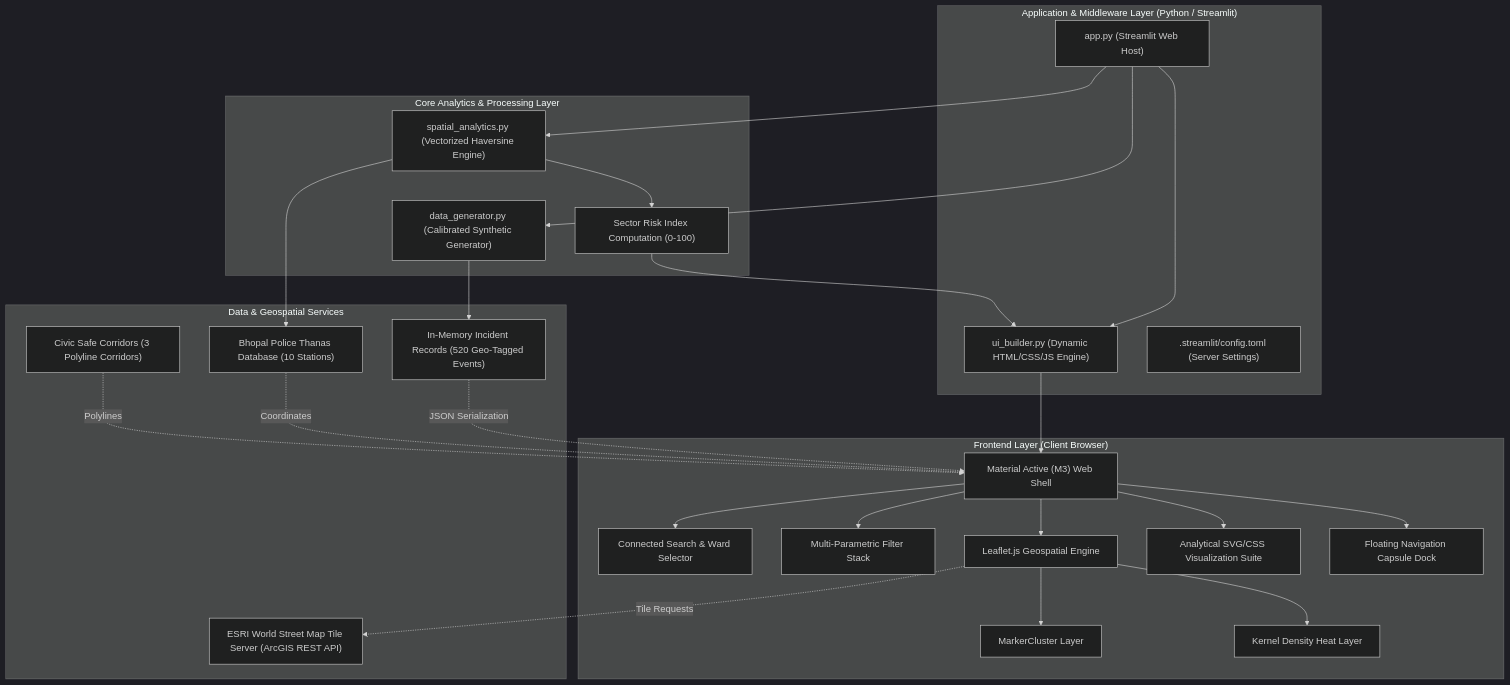
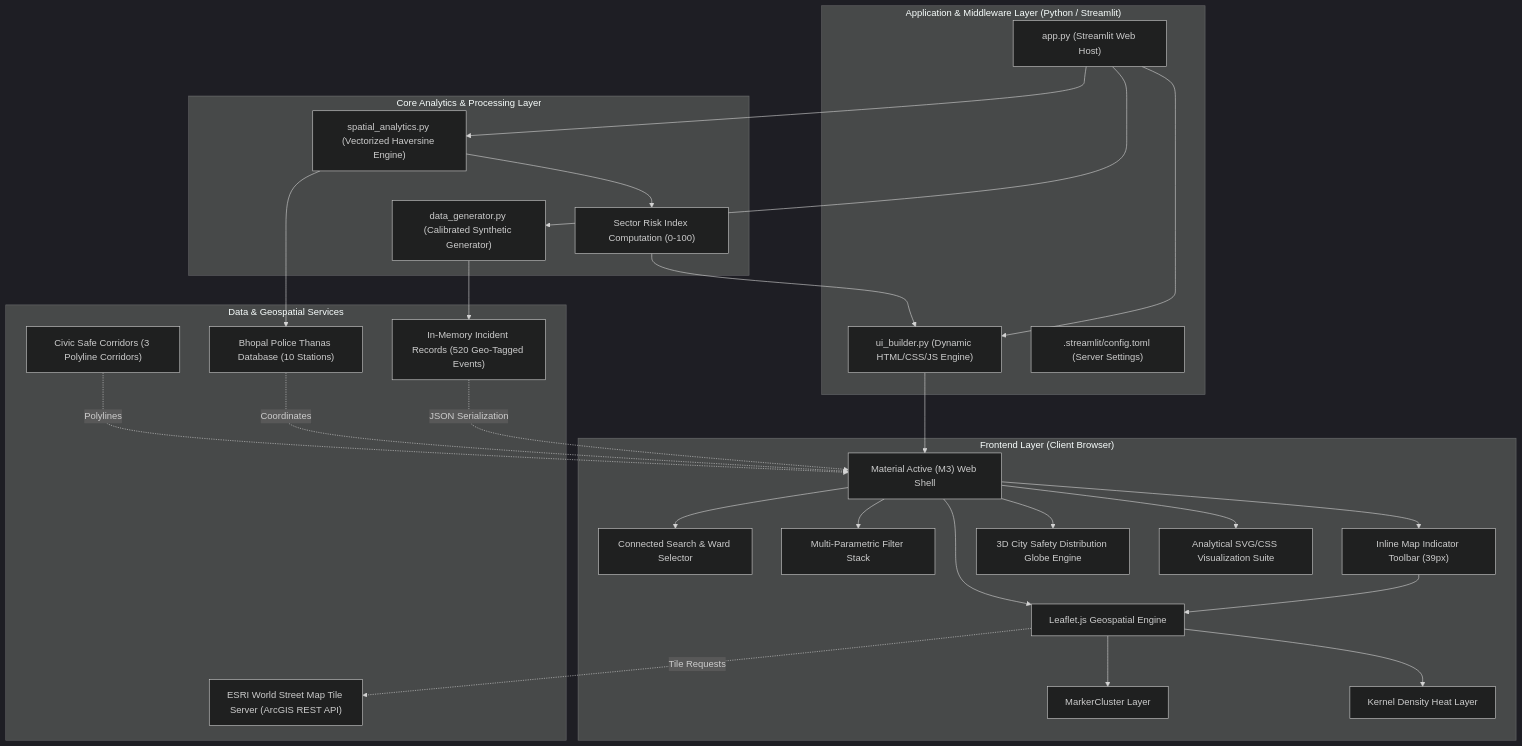
One commit to shreyshrivastava/bhopal-crime-safety-intelligence changed the first of 5 diagrams in README.md. Above: the diagram before and after it, drawn with Mermaid (dark theme). The commit also changed other lines of this file, not shown here.

Commit message:
docs: add live Streamlit deployment link, badges, and update architecture docs

````diff
--- a/README.md
+++ b/README.md
@@ -52,54 +59,57 @@
 ```mermaid
 graph TD
     subgraph Client["Frontend Layer (Client Browser)"]
         UI["Material Active (M3) Web Shell"]
         Search["Connected Search & Ward Selector"]
         Filters["Multi-Parametric Filter Stack"]
+        IndicatorBar["Inline Map Indicator Toolbar (39px)"]
         MapEngine["Leaflet.js Geospatial Engine"]
         Clusters["MarkerCluster Layer"]
         Heatmap["Kernel Density Heat Layer"]
+        SphereGraph["3D City Safety Distribution Globe Engine"]
         Analytics["Analytical SVG/CSS Visualization Suite"]
-        Dock["Floating Navigation Capsule Dock"]
     end
 
     subgraph Server["Application & Middleware Layer (Python / Streamlit)"]
         App["app.py (Streamlit Web Host)"]
         UIBuilder["ui_builder.py (Dynamic HTML/CSS/JS Engine)"]
         Config[".streamlit/config.toml (Server Settings)"]
     end
 
     subgraph AnalyticsEngine["Core Analytics & Processing Layer"]
         DataGen["data_generator.py (Calibrated Synthetic Generator)"]
         Spatial["spatial_analytics.py (Vectorized Haversine Engine)"]
         RiskCalc["Sector Risk Index Computation (0-100)"]
     end
 
     subgraph DataLayer["Data & Geospatial Services"]
         CrimeDB["In-Memory Incident Records (520 Geo-Tagged Events)"]
         ThanaDB["Bhopal Police Thanas Database (10 Stations)"]
         CorridorDB["Civic Safe Corridors (3 Polyline Corridors)"]
         ESRI["ESRI World Street Map Tile Server (ArcGIS REST API)"]
     end
 
     UI --> Search
     UI --> Filters
+    UI --> IndicatorBar
+    IndicatorBar --> MapEngine
     UI --> MapEngine
     MapEngine --> Clusters
     MapEngine --> Heatmap
+    UI --> SphereGraph
     UI --> Analytics
-    UI --> Dock
 
     App --> UIBuilder
     UIBuilder --> UI
     App --> DataGen
     DataGen --> CrimeDB
     App --> Spatial
     Spatial --> ThanaDB
     Spatial --> RiskCalc
     RiskCalc --> UIBuilder
 
     MapEngine -. Tile Requests .-> ESRI
     CrimeDB -. JSON Serialization .-> UI
     ThanaDB -. Coordinates .-> UI
     CorridorDB -. Polylines .-> UI
 ```
````
